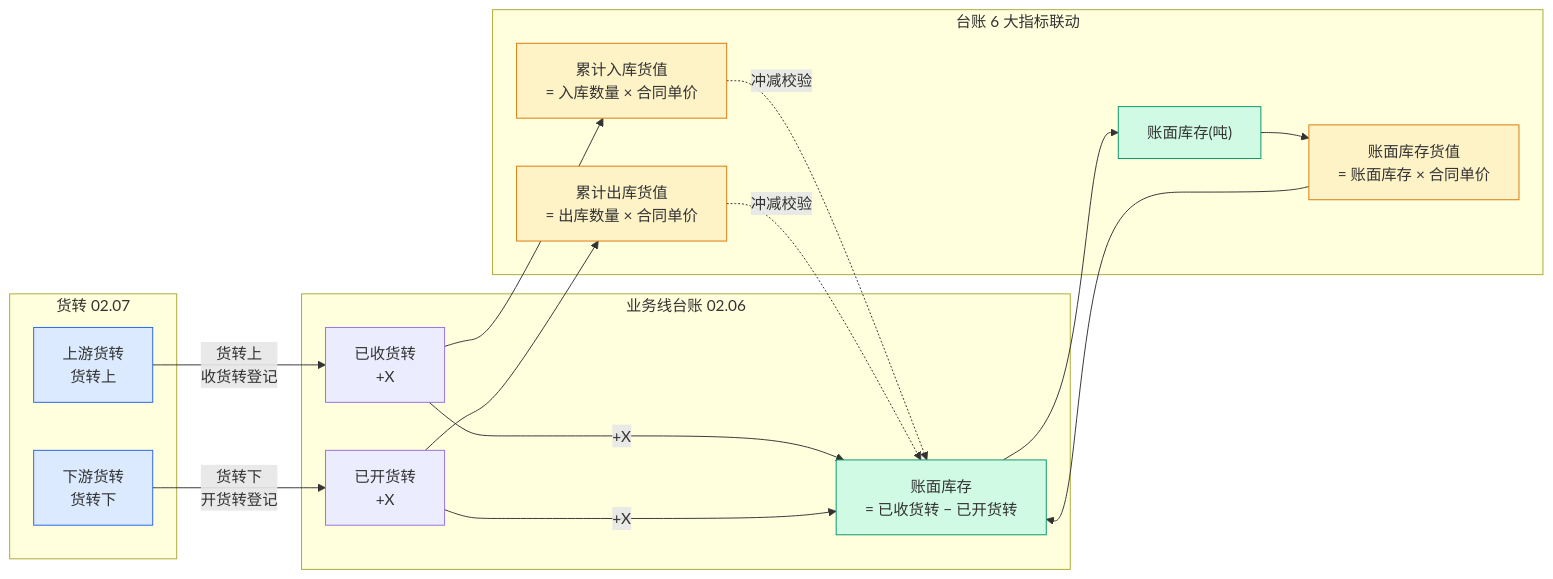
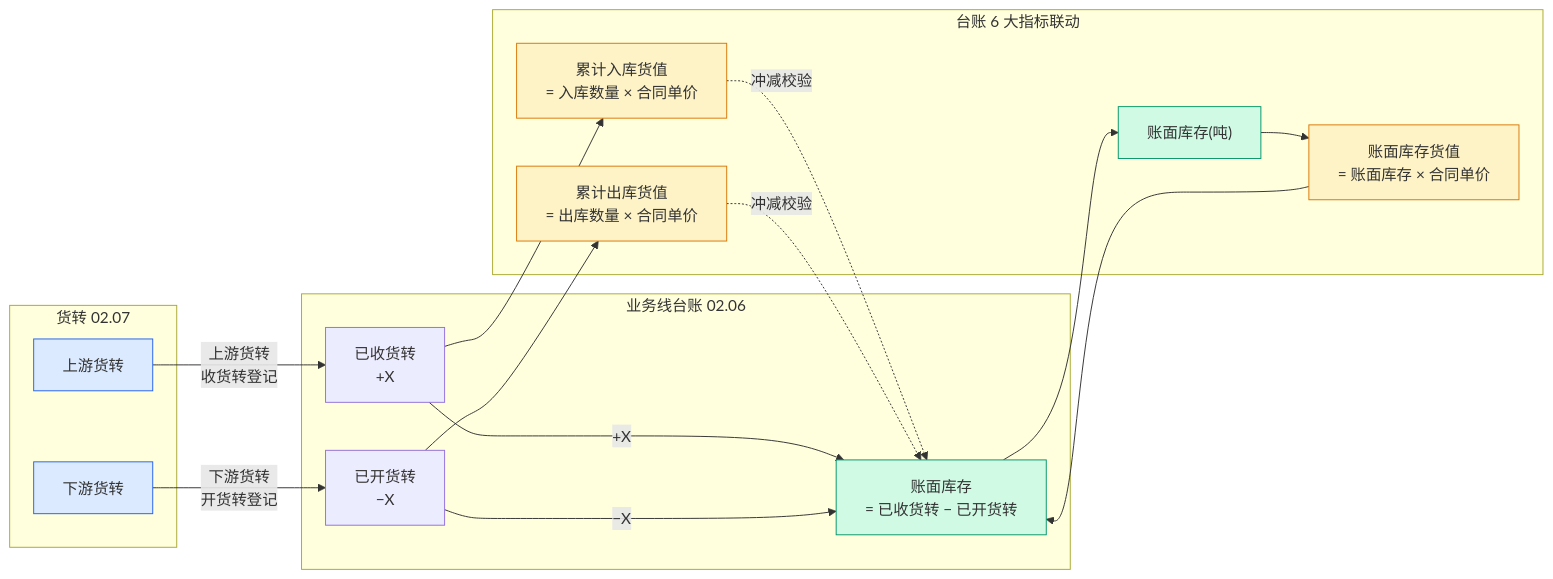
Before and after one commit to Ummyue/gyt-admin: the third of 7 diagrams in docs-v2/02.06-业务线管理.md, drawn with Mermaid. The commit also changed other lines of this file and 40 other files, not shown here.

````diff
--- a/docs-v2/02.06-业务线管理.md
+++ b/docs-v2/02.06-业务线管理.md
@@ -195,39 +226,39 @@
 ```mermaid
 flowchart LR
     subgraph GT["货转 02.07"]
-        g1["上游货转<br/>货转上"]
-        g2["下游货转<br/>货转下"]
+        g1["上游货转"]
+        g2["下游货转"]
     end
 
     subgraph BL["业务线台账 02.06"]
         b1["已收货转<br/>+X"]
-        b2["已开货转<br/>+X"]
+        b2["已开货转<br/>−X"]
         b3["账面库存<br/>= 已收货转 − 已开货转"]
     end
 
     subgraph ST["台账 6 大指标联动"]
         s1["账面库存(吨)"]
         s2["账面库存货值<br/>= 账面库存 × 合同单价"]
         s3["累计入库货值<br/>= 入库数量 × 合同单价"]
         s4["累计出库货值<br/>= 出库数量 × 合同单价"]
     end
 
-    g1 -->|"货转上<br/>收货转登记"| b1
+    g1 -->|"上游货转<br/>收货转登记"| b1
     b1 -->|"+X"| b3
-    g2 -->|"货转下<br/>开货转登记"| b2
-    b2 -->|"+X"| b3
+    g2 -->|"下游货转<br/>开货转登记"| b2
+    b2 -->|"−X"| b3
     b3 --> s1
     s1 --> s2
     b1 --> s3
     b2 --> s4
     s2 --> b3
     s3 -.->|"冲减校验"| b3
     s4 -.->|"冲减校验"| b3
 
     classDef start fill:#dbeafe,stroke:#2563eb
     classDef done fill:#d1fae5,stroke:#059669
     classDef todo fill:#fef3c7,stroke:#d97706
     class g1,g2 start
     class b3,s1 done
     class s2,s3,s4 todo
 ```
````
